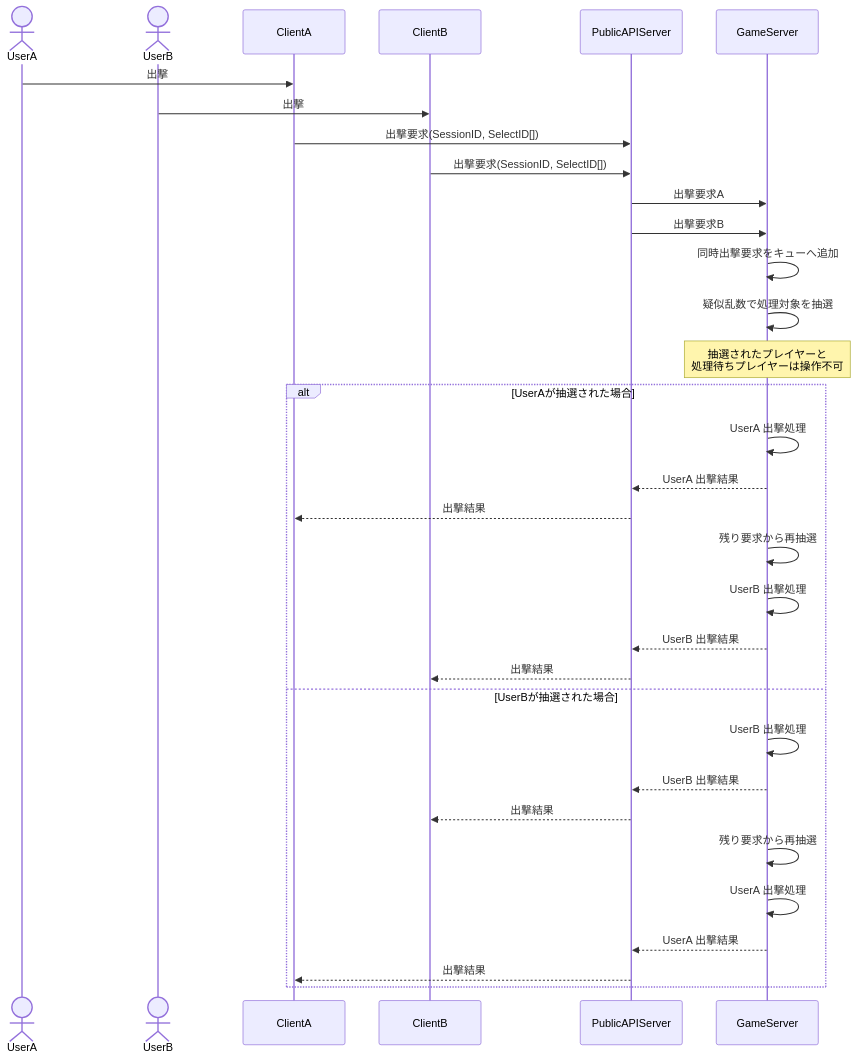
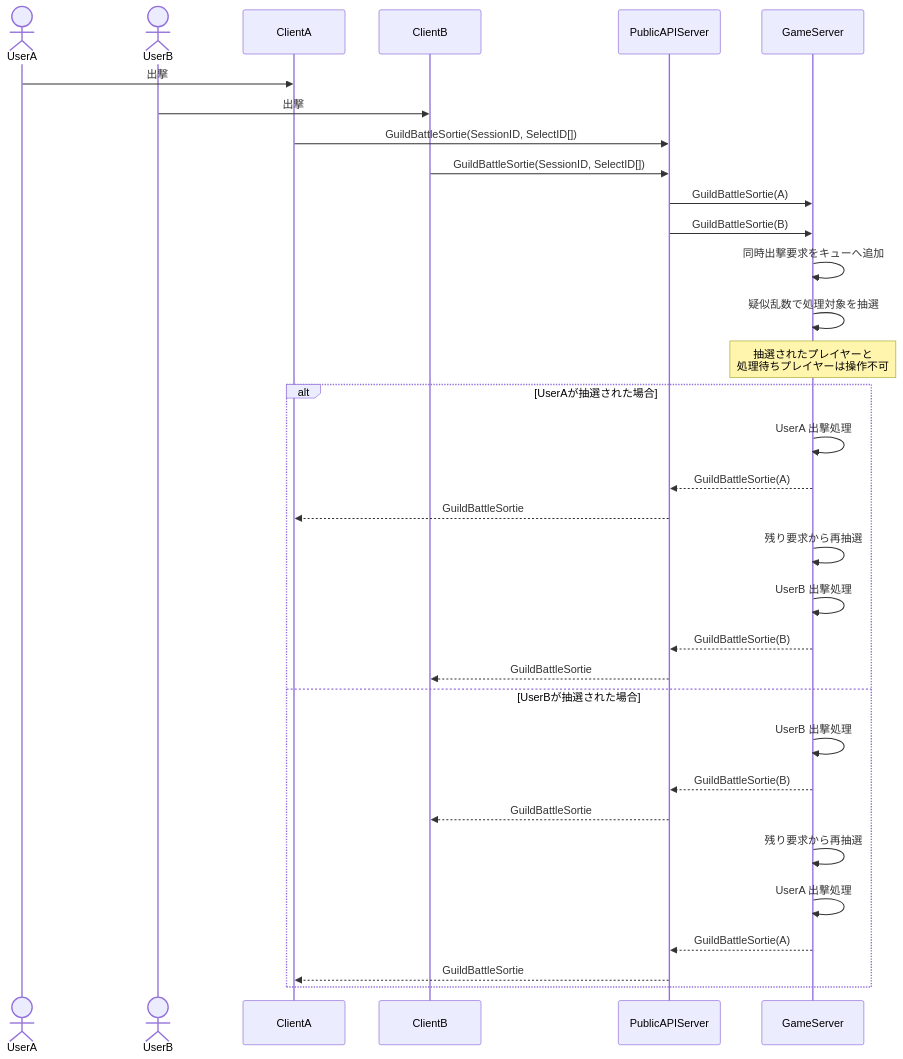
The eighth of 17 diagrams in guild_battle.md (ReHydrangeaOdyssey/Specifications), drawn with Mermaid before and after one commit. The commit also changed other lines of this file and 15 other files, not shown here.

````diff
--- a/guild_battle.md
+++ b/guild_battle.md
@@ -667,43 +687,43 @@
 ```mermaid
 sequenceDiagram
     actor UserA
     actor UserB
     participant ClientA
     participant ClientB
     participant PublicAPIServer
     participant GameServer
 
     UserA->>ClientA: 出撃
     UserB->>ClientB: 出撃
 
-    ClientA->>PublicAPIServer: 出撃要求(SessionID, SelectID[])
-    ClientB->>PublicAPIServer: 出撃要求(SessionID, SelectID[])
+    ClientA->>PublicAPIServer: GuildBattleSortie(SessionID, SelectID[])
+    ClientB->>PublicAPIServer: GuildBattleSortie(SessionID, SelectID[])
 
-    PublicAPIServer->>GameServer: 出撃要求A
-    PublicAPIServer->>GameServer: 出撃要求B
+    PublicAPIServer->>GameServer: GuildBattleSortie(A)
+    PublicAPIServer->>GameServer: GuildBattleSortie(B)
 
     GameServer->>GameServer: 同時出撃要求をキューへ追加
     GameServer->>GameServer: 疑似乱数で処理対象を抽選
 
     Note over GameServer: 抽選されたプレイヤーと<br/>処理待ちプレイヤーは操作不可
 
     alt UserAが抽選された場合
         GameServer->>GameServer: UserA 出撃処理
-        GameServer-->>PublicAPIServer: UserA 出撃結果
-        PublicAPIServer-->>ClientA: 出撃結果
+        GameServer-->>PublicAPIServer: GuildBattleSortie(A)
+        PublicAPIServer-->>ClientA: GuildBattleSortie
 
         GameServer->>GameServer: 残り要求から再抽選
         GameServer->>GameServer: UserB 出撃処理
-        GameServer-->>PublicAPIServer: UserB 出撃結果
-        PublicAPIServer-->>ClientB: 出撃結果
+        GameServer-->>PublicAPIServer: GuildBattleSortie(B)
+        PublicAPIServer-->>ClientB: GuildBattleSortie
     else UserBが抽選された場合
         GameServer->>GameServer: UserB 出撃処理
-        GameServer-->>PublicAPIServer: UserB 出撃結果
-        PublicAPIServer-->>ClientB: 出撃結果
+        GameServer-->>PublicAPIServer: GuildBattleSortie(B)
+        PublicAPIServer-->>ClientB: GuildBattleSortie
 
         GameServer->>GameServer: 残り要求から再抽選
         GameServer->>GameServer: UserA 出撃処理
-        GameServer-->>PublicAPIServer: UserA 出撃結果
-        PublicAPIServer-->>ClientA: 出撃結果
+        GameServer-->>PublicAPIServer: GuildBattleSortie(A)
+        PublicAPIServer-->>ClientA: GuildBattleSortie
     end
 ```
````
